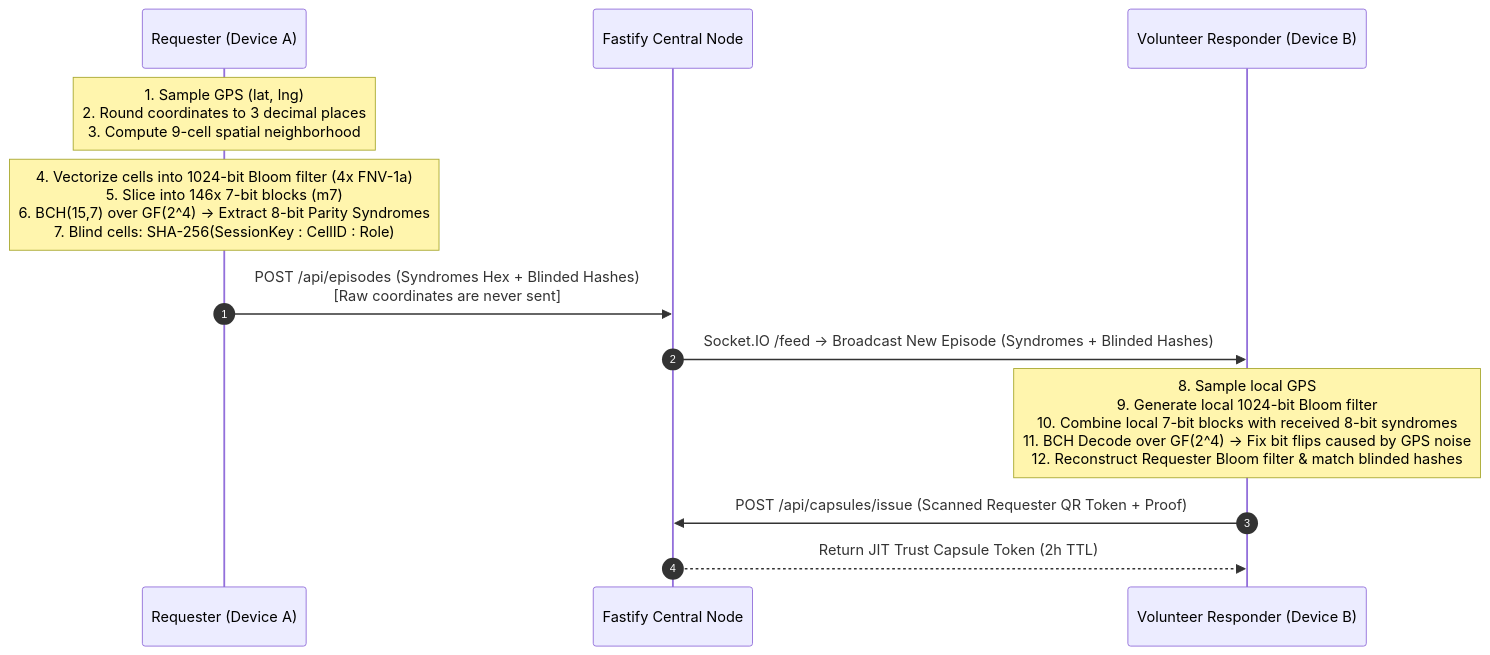
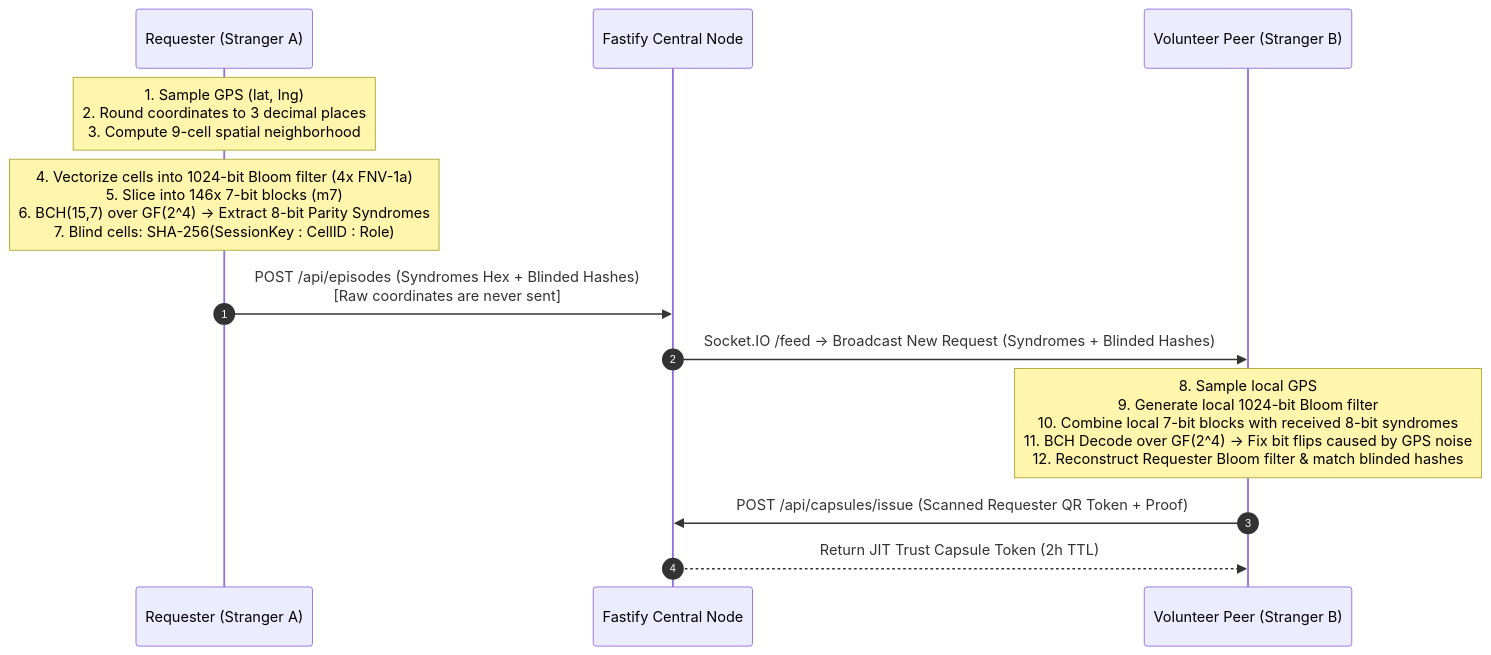
Before and after one commit to TheOrionGD/Connify-APP: the first of 3 diagrams in README.md, drawn with Mermaid. The commit also changed other lines of this file and 18 other files, not shown here.

Commit message:
feat: implement emergency chat, call modal, and socket signaling for real-time episode coordination

````diff
--- a/README.md
+++ b/README.md
@@ -158,15 +210,15 @@
 ```mermaid
 sequenceDiagram
     autonumber
-    participant A as Requester (Device A)
+    participant A as Requester (Stranger A)
     participant S as Fastify Central Node
-    participant B as Volunteer Responder (Device B)
+    participant B as Volunteer Peer (Stranger B)
 
     Note over A: 1. Sample GPS (lat, lng)<br/>2. Round coordinates to 3 decimal places<br/>3. Compute 9-cell spatial neighborhood
     Note over A: 4. Vectorize cells into 1024-bit Bloom filter (4x FNV-1a)<br/>5. Slice into 146x 7-bit blocks (m7)<br/>6. BCH(15,7) over GF(2^4) -> Extract 8-bit Parity Syndromes<br/>7. Blind cells: SHA-256(SessionKey : CellID : Role)
     A->>S: POST /api/episodes (Syndromes Hex + Blinded Hashes)<br/>[Raw coordinates are never sent]
-    S->>B: Socket.IO /feed -> Broadcast New Episode (Syndromes + Blinded Hashes)
+    S->>B: Socket.IO /feed -> Broadcast New Request (Syndromes + Blinded Hashes)
     Note over B: 8. Sample local GPS<br/>9. Generate local 1024-bit Bloom filter<br/>10. Combine local 7-bit blocks with received 8-bit syndromes<br/>11. BCH Decode over GF(2^4) -> Fix bit flips caused by GPS noise<br/>12. Reconstruct Requester Bloom filter & match blinded hashes
     B->>S: POST /api/capsules/issue (Scanned Requester QR Token + Proof)
     S-->>B: Return JIT Trust Capsule Token (2h TTL)
 ```
````
